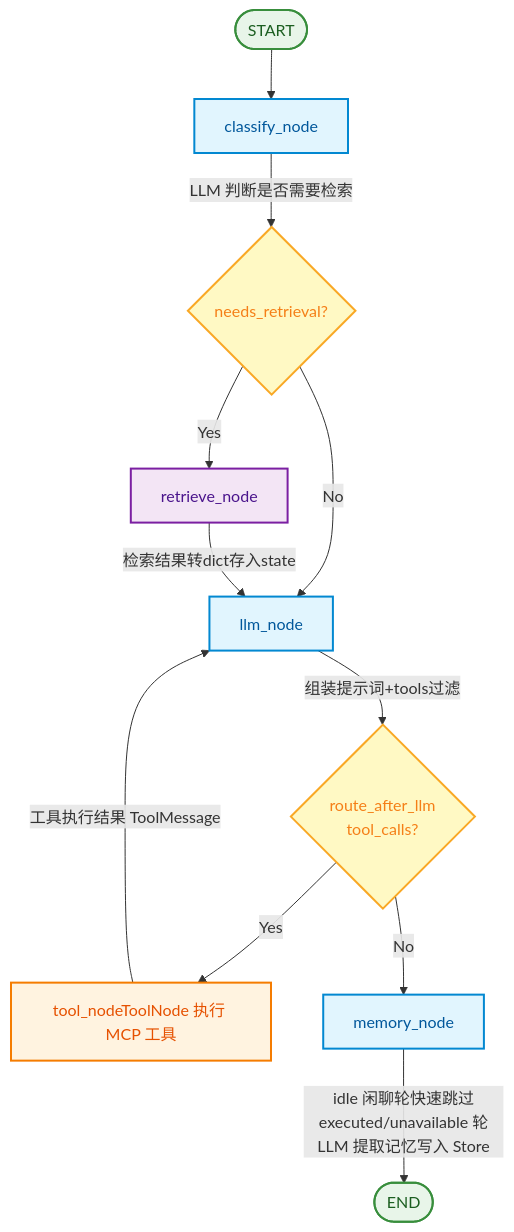
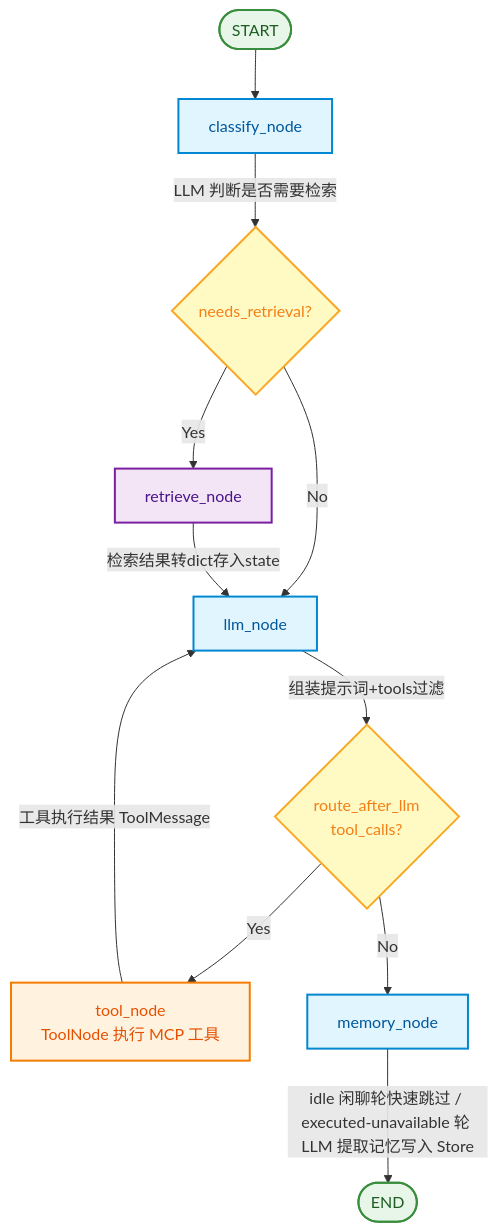
The first of 3 diagrams in README.md (Q1anyii/Mitta), drawn with Mermaid before and after one commit. The commit also changed other lines of this file and 1 other file, not shown here.

First line of the commit message:
docs: README 全面审查优化+新增 CI/CD 章节+流程图

````diff
--- a/README.md
+++ b/README.md
@@ -50,34 +49,32 @@
 ```mermaid
 flowchart TD
     START([START]) --> CLASSIFY[classify_node]
 
     CLASSIFY -->|LLM 判断是否需要检索| ROUTE{needs_retrieval?}
 
     ROUTE -->|Yes| RETRIEVE[retrieve_node]
     ROUTE -->|No| LLM
 
     RETRIEVE -->|检索结果转dict存入state| LLM[llm_node]
 
-    LLM -->|组装提示词+tools过滤| ROUTE_LLM{route_after_llm 
-    tool_calls?}
+    LLM -->|组装提示词+tools过滤| ROUTE_LLM{route_after_llm<br/>tool_calls?}
 
-    ROUTE_LLM -->|Yes| TOOL[tool_nodeToolNode 执行 MCP 工具]
+    ROUTE_LLM -->|Yes| TOOL[tool_node<br/>ToolNode 执行 MCP 工具]
     ROUTE_LLM -->|No| MEMORY[memory_node]
 
     TOOL -->|工具执行结果 ToolMessage| LLM
 
-
-    MEMORY -->|idle 闲聊轮快速跳过executed/unavailable 轮LLM 提取记忆写入 Store| END_NODE([END])
+    MEMORY -->|idle 闲聊轮快速跳过 / executed-unavailable 轮 LLM 提取记忆写入 Store| END_NODE([END])
 
     classDef llmNode fill:#e1f5fe,stroke:#0288d1,stroke-width:2px,color:#01579b
     classDef toolNode fill:#fff3e0,stroke:#f57c00,stroke-width:2px,color:#e65100
     classDef cacheNode fill:#f3e5f5,stroke:#7b1fa2,stroke-width:2px,color:#4a148c
     classDef decision fill:#fff9c4,stroke:#f9a825,stroke-width:2px,color:#f57f17
     classDef terminal fill:#e8f5e9,stroke:#388e3c,stroke-width:2px,color:#1b5e20
 
     class CLASSIFY,LLM,MEMORY llmNode
     class TOOL toolNode
     class RETRIEVE cacheNode
     class ROUTE,ROUTE_LLM decision
     class START,END_NODE terminal
 ```
````
